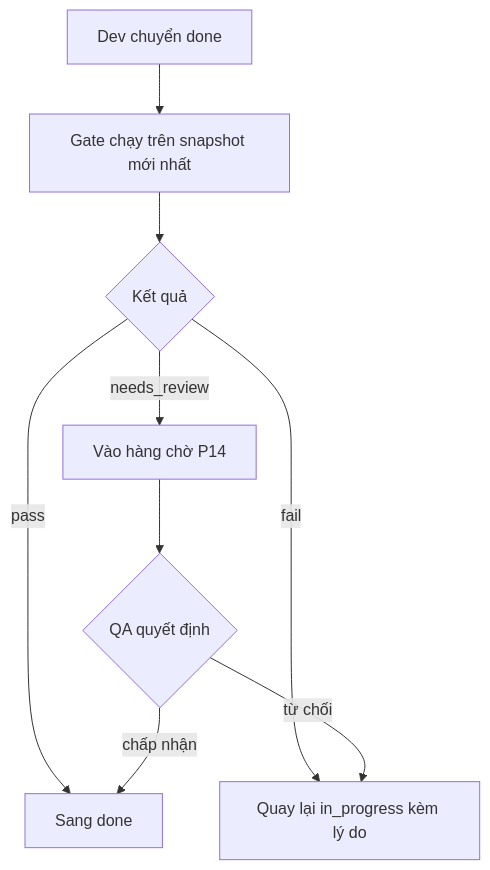
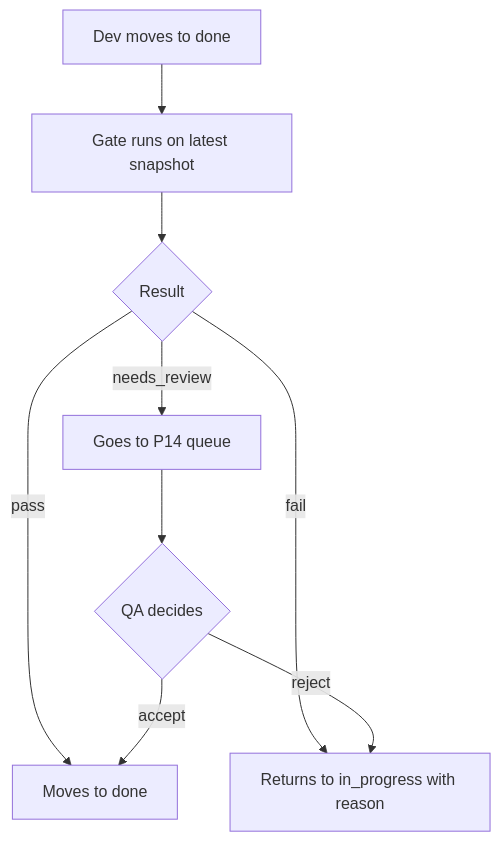
The ninth of 21 diagrams in README.md (tungld9999blacksmith/Strata), drawn with Mermaid before and after one commit. The commit also changed other lines of this file and 13 other files, not shown here.

````diff
--- a/README.md
+++ b/README.md
@@ -689,11 +689,11 @@
 ```mermaid
 flowchart TD
-    A["Dev chuyển done"] --> B["Gate chạy trên snapshot mới nhất"]
-    B --> C{"Kết quả"}
-    C -- pass --> D["Sang done"]
-    C -- fail --> E["Quay lại in_progress kèm lý do"]
-    C -- needs_review --> F["Vào hàng chờ P14"]
-    F --> G{"QA quyết định"}
-    G -- chấp nhận --> D
-    G -- từ chối --> E
+    A["Dev moves to done"] --> B["Gate runs on latest snapshot"]
+    B --> C{"Result"}
+    C -- pass --> D["Moves to done"]
+    C -- fail --> E["Returns to in_progress with reason"]
+    C -- needs_review --> F["Goes to P14 queue"]
+    F --> G{"QA decides"}
+    G -- accept --> D
+    G -- reject --> E
 ```
````
